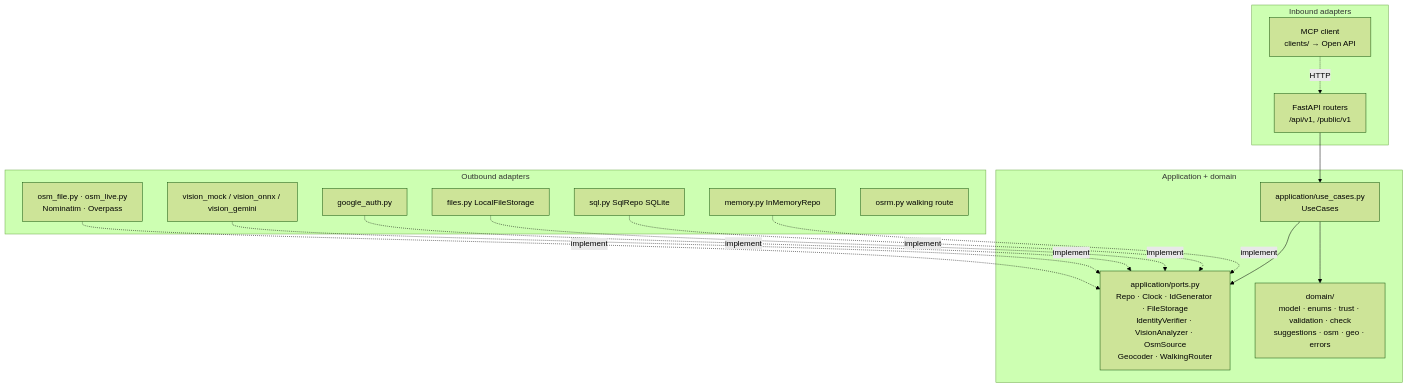
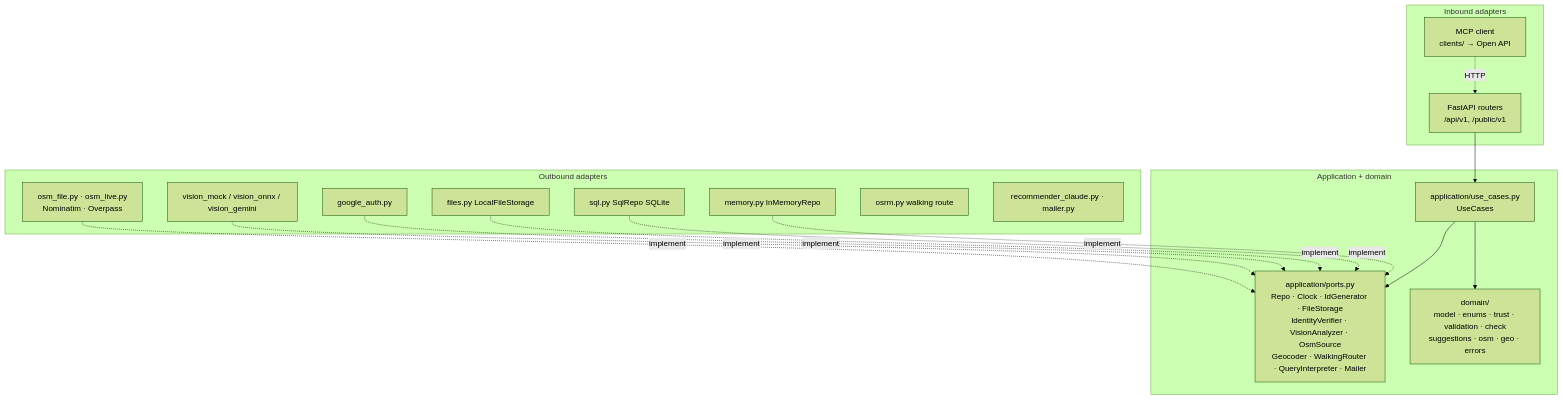
One commit to HakerSII/rampa-backend changed the second of 3 diagrams in docs/architecture.md. Above: the diagram before and after it, drawn with Mermaid (forest theme). The commit also changed 3 other files, not shown here.

````diff
--- a/docs/architecture.md
+++ b/docs/architecture.md
@@ -20,26 +20,27 @@
 ```mermaid
 flowchart TB
     subgraph IN[Inbound adapters]
         HTTP[FastAPI routers<br/>/api/v1, /public/v1]
         MCPC[MCP client<br/>clients/ → Open API]
     end
     subgraph CORE[Application + domain]
         UC[application/use_cases.py<br/>UseCases]
-        PORTS[application/ports.py<br/>Repo · Clock · IdGenerator · FileStorage<br/>IdentityVerifier · VisionAnalyzer · OsmSource<br/>Geocoder · WalkingRouter]
+        PORTS[application/ports.py<br/>Repo · Clock · IdGenerator · FileStorage<br/>IdentityVerifier · VisionAnalyzer · OsmSource<br/>Geocoder · WalkingRouter · QueryInterpreter · Mailer]
         DOM[domain/<br/>model · enums · trust · validation · check<br/>suggestions · osm · geo · errors]
     end
     subgraph OUT[Outbound adapters]
         MEM[memory.py InMemoryRepo]
         SQL[sql.py SqlRepo SQLite]
         FILES[files.py LocalFileStorage]
         GOO[google_auth.py]
         VIS[vision_mock / vision_onnx / vision_gemini]
         OSMF[osm_file.py · osm_live.py<br/>Nominatim · Overpass]
         OSRM[osrm.py walking route]
+        REC[recommender_claude.py · mailer.py]
     end
     HTTP --> UC
     MCPC -.HTTP.-> HTTP
     UC --> DOM
     UC --> PORTS
     MEM & SQL & FILES & GOO & VIS & OSMF -.implement.-> PORTS
 ```
````
